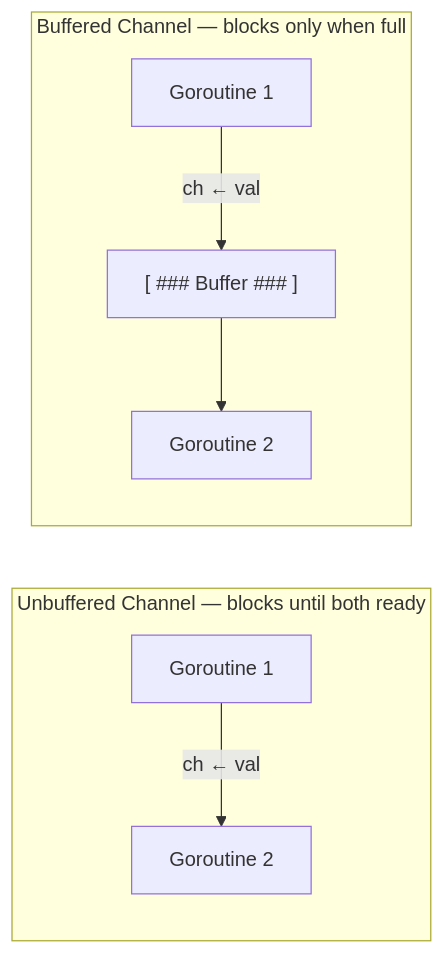
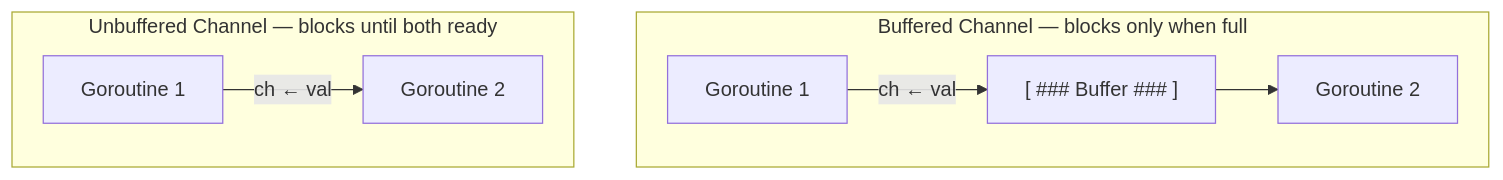
Before and after one commit to romangurevitch/GoTraining: the second of 2 diagrams in internal/basics/concurrency/README.md, drawn with Mermaid. The commit also changed other lines of this file, not shown here.

Commit message:
docs: fix concurrency diagrams to flow left-to-right

````diff
--- a/internal/basics/concurrency/README.md
+++ b/internal/basics/concurrency/README.md
@@ -38,9 +33,10 @@
 ```mermaid
 flowchart LR
     subgraph Unbuffered["Unbuffered Channel — blocks until both ready"]
         G1[Goroutine 1] --"ch ← val"--> G2[Goroutine 2]
     end
     subgraph Buffered["Buffered Channel — blocks only when full"]
         G3[Goroutine 1] --"ch ← val"--> BUF["[ ### Buffer ### ]"] --> G4[Goroutine 2]
     end
+    G2 ~~~ G3
 ```
````
